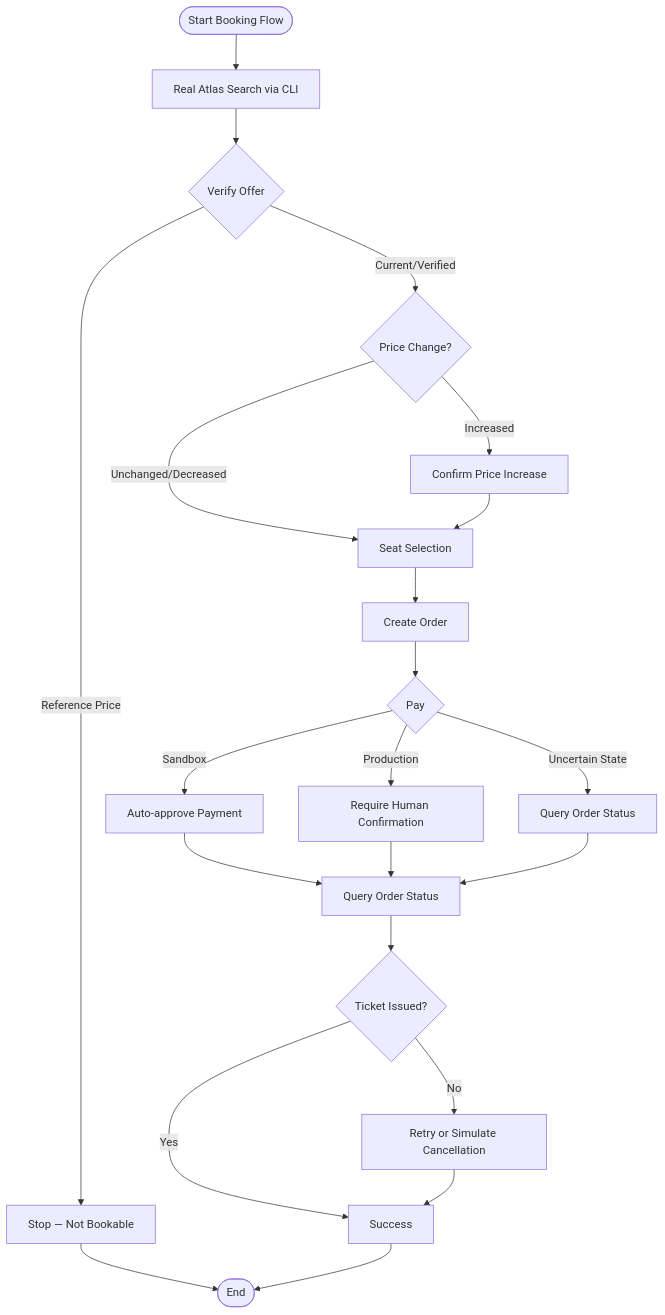
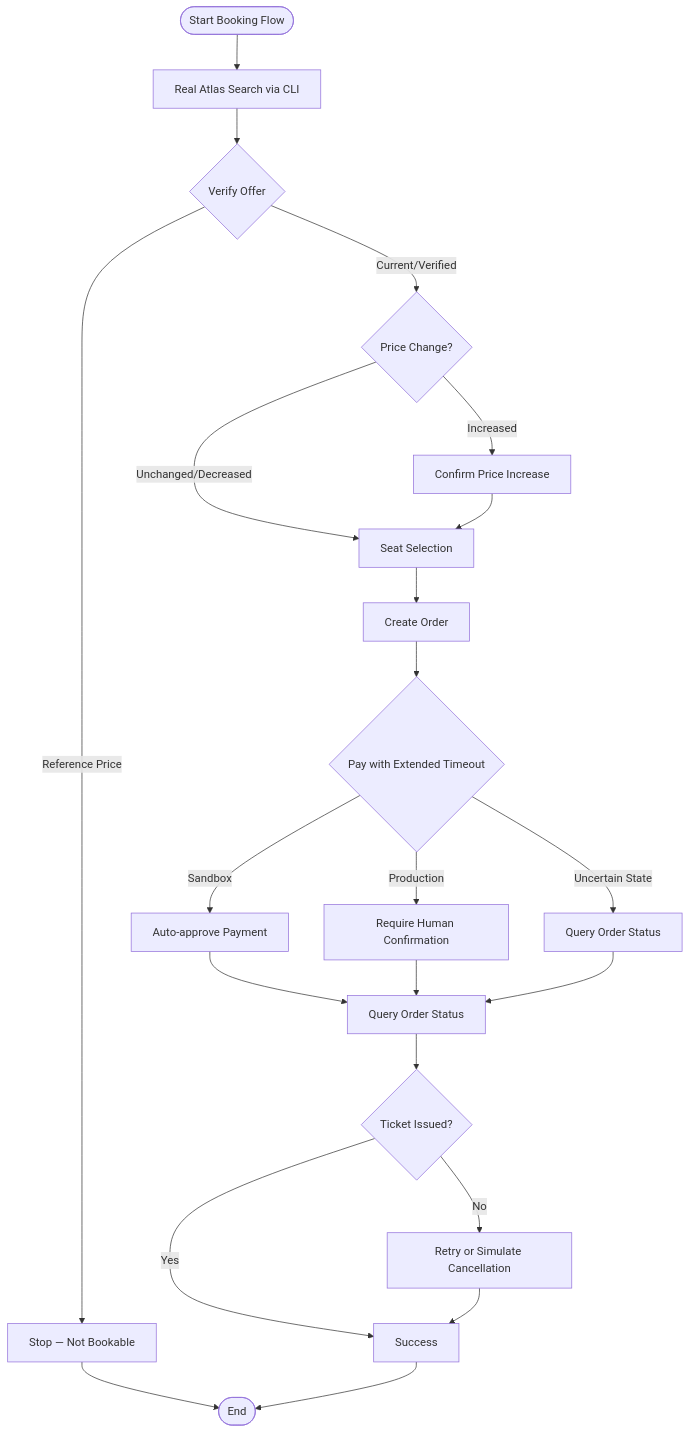
Before and after one commit to jaydonnnk/waypoint: the third of 4 diagrams in .qoder/repowiki/en/content/Atlas Integration/Atlas Integration.md, drawn with Mermaid. The commit also changed other lines of this file and 14 other files, not shown here.

````diff
--- a/.qoder/repowiki/en/content/Atlas Integration/Atlas Integration.md
+++ b/.qoder/repowiki/en/content/Atlas Integration/Atlas Integration.md
@@ -409,24 +421,24 @@
 ```mermaid
 flowchart TD
 Start(["Start Booking Flow"]) --> Search["Real Atlas Search via CLI"]
 Search --> Verify{"Verify Offer"}
 Verify --> |Reference Price| Stop["Stop — Not Bookable"]
 Verify --> |Current/Verified| PriceCheck{"Price Change?"}
 PriceCheck --> |Increased| ConfirmPrice["Confirm Price Increase"]
 PriceCheck --> |Unchanged/Decreased| SeatSelect["Seat Selection"]
 ConfirmPrice --> SeatSelect
 SeatSelect --> CreateOrder["Create Order"]
-CreateOrder --> Pay{"Pay"}
+CreateOrder --> Pay{"Pay with Extended Timeout"}
 Pay --> |Sandbox| AutoApprove["Auto-approve Payment"]
 Pay --> |Production| HumanConfirm["Require Human Confirmation"]
 Pay --> |Uncertain State| QueryOnly["Query Order Status"]
 AutoApprove --> Query["Query Order Status"]
 HumanConfirm --> Query
 QueryOnly --> Query
 Query --> Issued{"Ticket Issued?"}
 Issued --> |Yes| Success["Success"]
 Issued --> |No| RetryOrFallback["Retry or Simulate Cancellation"]
 RetryOrFallback --> Success
 Stop --> End(["End"])
 Success --> End
 ```
````
